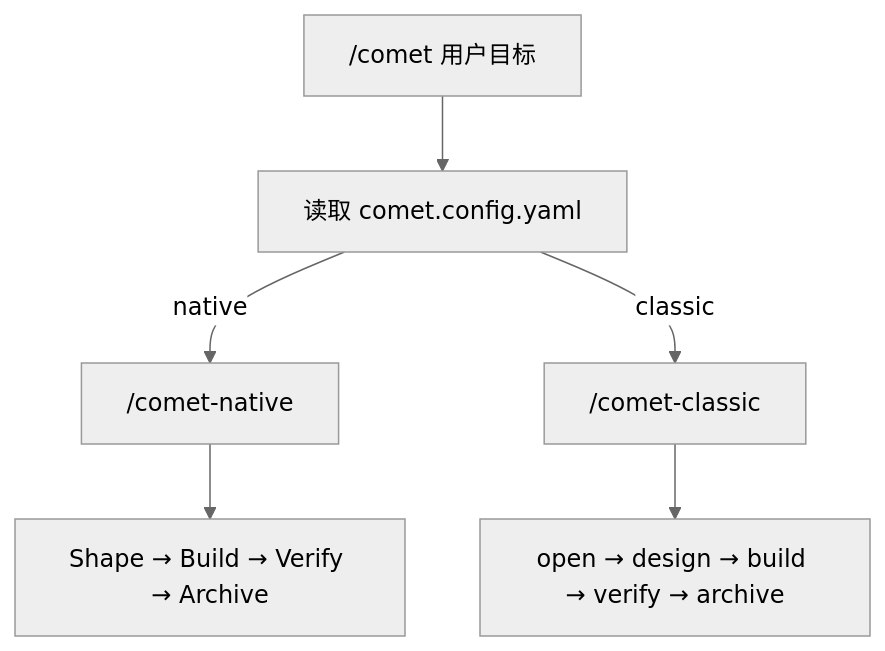
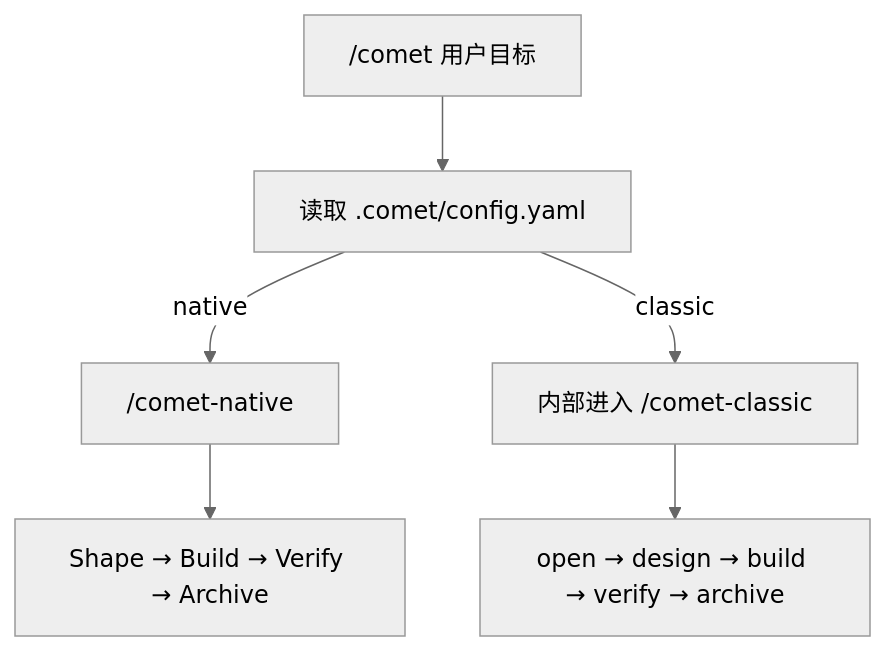
One commit to rpamis/comet-website-docs changed the diagram in zh/quickstart.mdx. Above: the diagram before and after it, drawn with Mermaid (neutral theme). The commit also changed other lines of this file and 85 other files, not shown here.

````diff
--- a/zh/quickstart.mdx
+++ b/zh/quickstart.mdx
@@ -67,8 +68,8 @@
 ```mermaid
 flowchart TD
-  A["/comet 用户目标"] --> B["读取 comet.config.yaml"]
+  A["/comet 用户目标"] --> B["读取 .comet/config.yaml"]
   B -->|native| N["/comet-native"]
-  B -->|classic| C["/comet-classic"]
+  B -->|classic| C["内部进入 /comet-classic"]
   N --> NS["Shape → Build → Verify → Archive"]
   C --> CS["open → design → build → verify → archive"]
 ```
````
